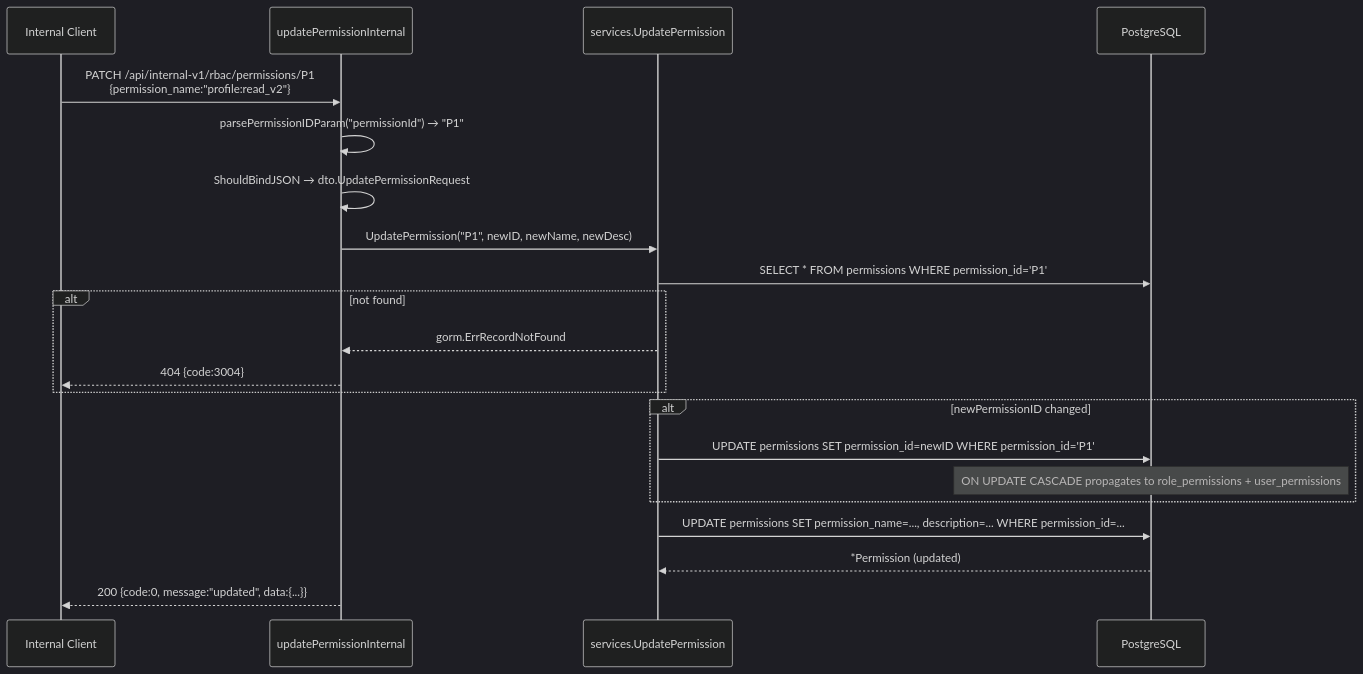
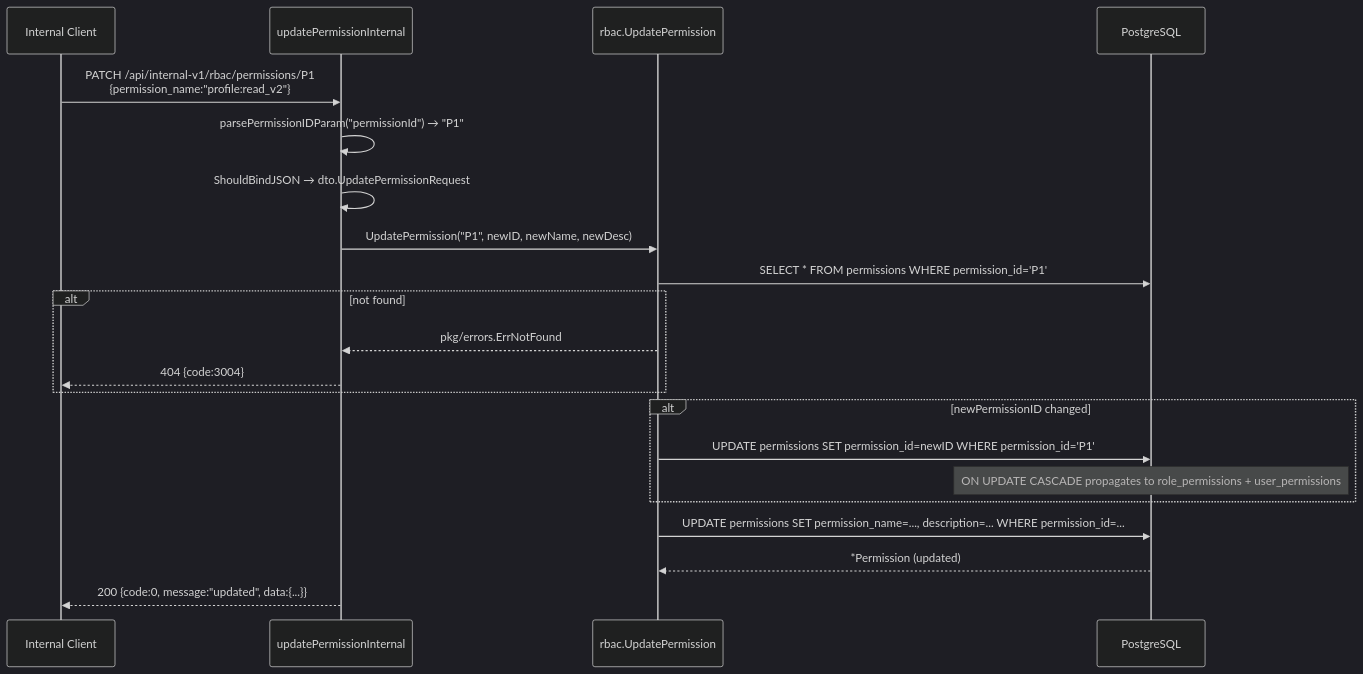
Before and after one commit to lkienkle11/be-mycourse: diagram 13 of 23 in docs/sequence_diagrams.md, drawn with Mermaid (dark theme). The commit also changed other lines of this file and 19 other files, not shown here.

Commit message:
docs: align architecture and module docs with package refactor

````diff
--- a/docs/sequence_diagrams.md
+++ b/docs/sequence_diagrams.md
@@ -590,27 +590,27 @@
 ```mermaid
 sequenceDiagram
     participant C as Internal Client
     participant H as updatePermissionInternal
-    participant SVC as services.UpdatePermission
+    participant SVC as rbac.UpdatePermission
     participant DB as PostgreSQL
 
     C->>H: PATCH /api/internal-v1/rbac/permissions/P1<br/>{permission_name:"profile:read_v2"}
     H->>H: parsePermissionIDParam("permissionId") → "P1"
     H->>H: ShouldBindJSON → dto.UpdatePermissionRequest
     H->>SVC: UpdatePermission("P1", newID, newName, newDesc)
 
     SVC->>DB: SELECT * FROM permissions WHERE permission_id='P1'
     alt not found
-        SVC-->>H: gorm.ErrRecordNotFound
+        SVC-->>H: pkg/errors.ErrNotFound
         H-->>C: 404 {code:3004}
     end
 
     alt newPermissionID changed
         SVC->>DB: UPDATE permissions SET permission_id=newID WHERE permission_id='P1'
         Note over DB: ON UPDATE CASCADE propagates to role_permissions + user_permissions
     end
     SVC->>DB: UPDATE permissions SET permission_name=..., description=... WHERE permission_id=...
     DB-->>SVC: *Permission (updated)
 
     H-->>C: 200 {code:0, message:"updated", data:{...}}
 ```
````
